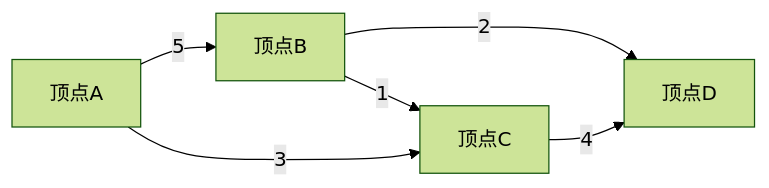
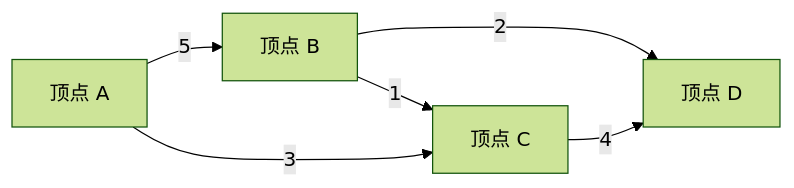
The first of 4 diagrams in 05_ComputerScience/DataStructuresAndAlgorithms/Graphs.md (Tianshang301/TianshangKnowledgeBase), drawn with Mermaid (forest theme) before and after one commit. The commit also changed other lines of this file and 2257 other files, not shown here.

````diff
--- a/05_ComputerScience/DataStructuresAndAlgorithms/Graphs.md
+++ b/05_ComputerScience/DataStructuresAndAlgorithms/Graphs.md
@@ -35,8 +37,8 @@
 ```mermaid
 graph LR
-    A[顶点A] -- 5 --> B[顶点B]
-    A -- 3 --> C[顶点C]
-    B -- 2 --> D[顶点D]
+    A[顶点 A] -- 5 --> B[顶点 B]
+    A -- 3 --> C[顶点 C]
+    B -- 2 --> D[顶点 D]
     C -- 4 --> D
     B -- 1 --> C
 ```
````
